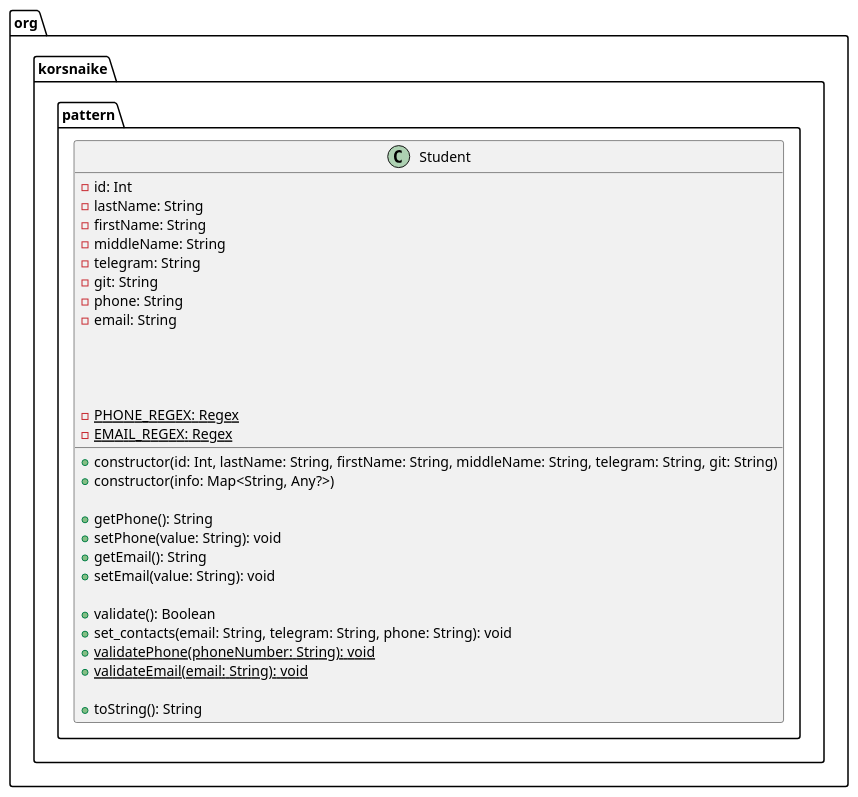
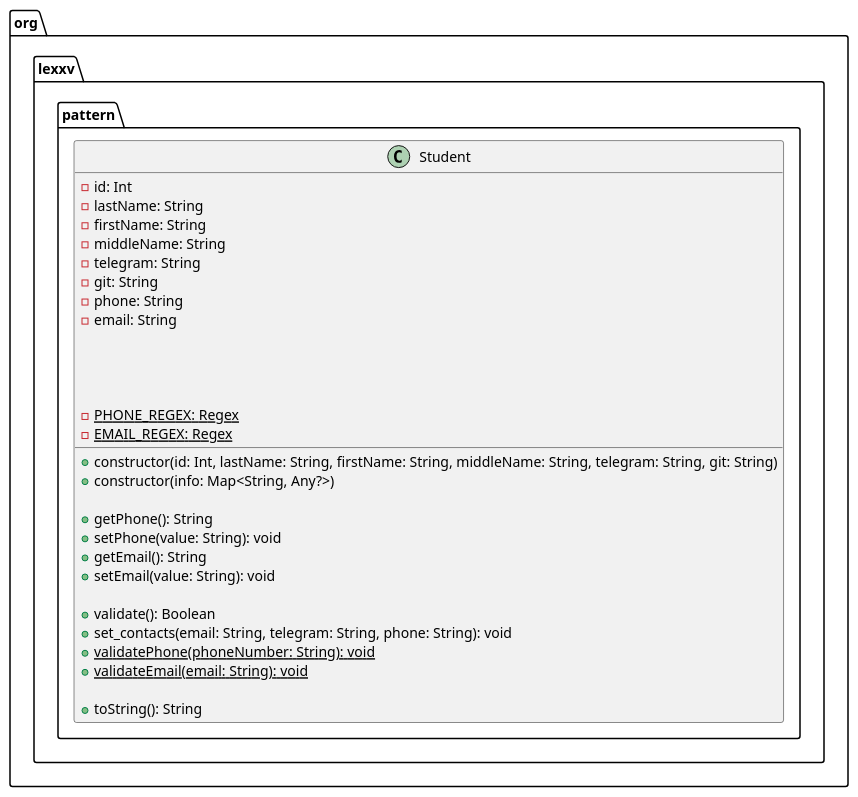
One commit to AlexeyVorobyev/patterns-moment changed the diagram in src/main/kotlin/student/Student.puml. Above: the diagram before and after it, drawn with PlantUML. The commit also changed 48 other files, not shown here.

```diff
--- a/src/main/kotlin/student/Student.puml
+++ b/src/main/kotlin/student/Student.puml
@@ -1,35 +1,35 @@
 @startuml
 
-package org.korsnaike.pattern {
+package org.lexxv.pattern {
     class Student {
         - id: Int
         - lastName: String
         - firstName: String
         - middleName: String
         - telegram: String
         - git: String
         - phone: String
         - email: String
 
         + constructor(id: Int, lastName: String, firstName: String, middleName: String, telegram: String, git: String)
         + constructor(info: Map<String, Any?>)
 
         + getPhone(): String
         + setPhone(value: String): void
         + getEmail(): String
         + setEmail(value: String): void
 
         + validate(): Boolean
         + set_contacts(email: String, telegram: String, phone: String): void
 
         {static} - PHONE_REGEX: Regex
         {static} - EMAIL_REGEX: Regex
 
         {static} + validatePhone(phoneNumber: String): void
         {static} + validateEmail(email: String): void
 
         + toString(): String
     }
 }
 
 @enduml
```
